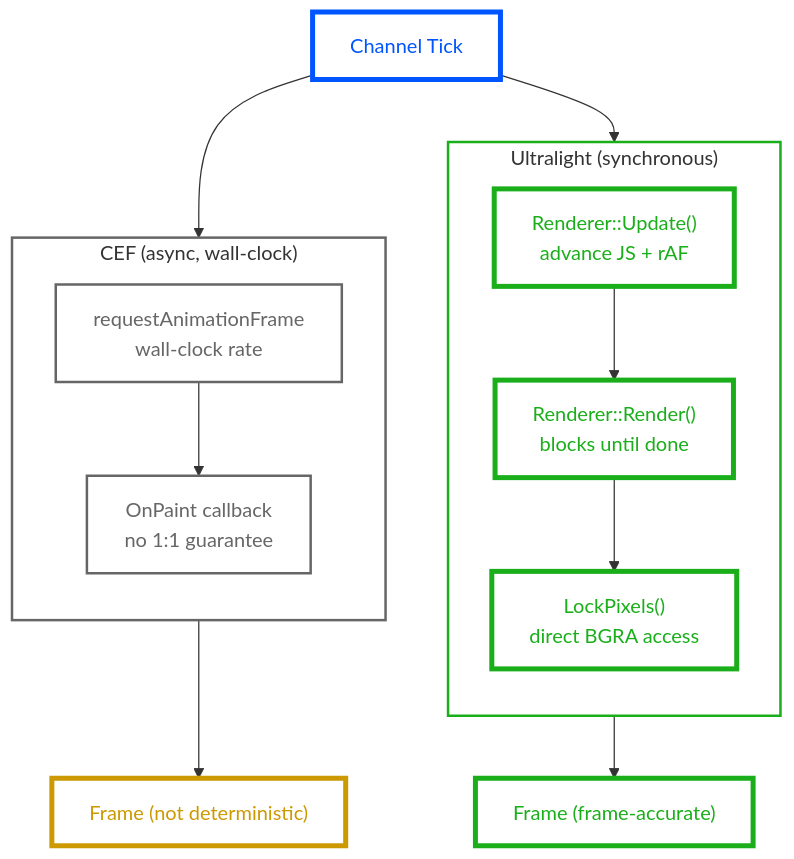
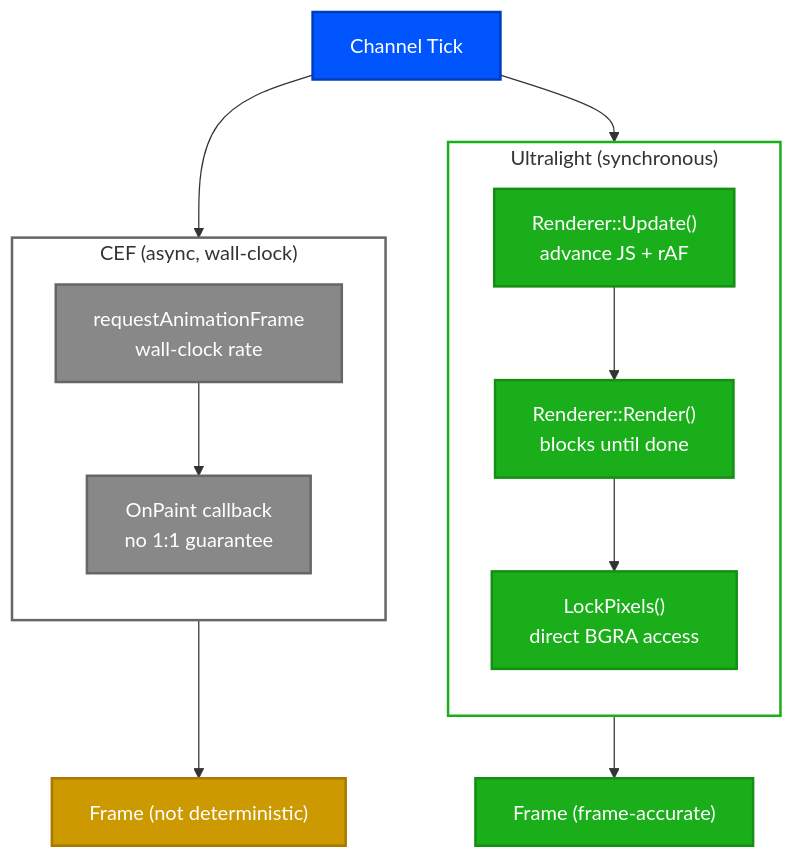
Before and after one commit to den-frie-vilje/casparCG: the ninth of 10 diagrams in docs/architecture.md, drawn with Mermaid. The commit also changed other lines of this file, not shown here.

Commit message:
docs: use solid fills in all diagrams

````diff
--- a/docs/architecture.md
+++ b/docs/architecture.md
@@ -660,35 +660,35 @@
 ```mermaid
 flowchart TD
-    classDef coreNode fill:#FFF,color:#0055FF,stroke:#0055FF,stroke-width:4px
-    classDef cefNode fill:#FFF,color:#666,stroke:#666,stroke-width:2px
-    classDef ulNode fill:#FFF,color:#1AAF1A,stroke:#1AAF1A,stroke-width:4px
-    classDef warnNode fill:#FFF,color:#CC9900,stroke:#CC9900,stroke-width:4px
+    classDef coreNode fill:#0055FF,color:#FFF,stroke:#003CC0,stroke-width:2px
+    classDef cefNode fill:#888,color:#FFF,stroke:#666,stroke-width:2px
+    classDef ulNode fill:#1AAF1A,color:#FFF,stroke:#148F14,stroke-width:2px
+    classDef warnNode fill:#CC9900,color:#FFF,stroke:#AA7700,stroke-width:2px
     classDef sgCef stroke:#666,fill:#FFF,stroke-width:2px
     classDef sgUl stroke:#1AAF1A,fill:#FFF,stroke-width:2px
 
     TICK[Channel Tick]:::coreNode
 
     subgraph CEF["CEF (async, wall-clock)"]
         direction TB
         CEF_RAF["requestAnimationFrame<br/>wall-clock rate"]:::cefNode
         CEF_PAINT["OnPaint callback<br/>no 1:1 guarantee"]:::cefNode
         CEF_RAF --> CEF_PAINT
     end
 
     subgraph UL["Ultralight (synchronous)"]
         direction TB
         UL_UPDATE["Renderer::Update()<br/>advance JS + rAF"]:::ulNode
         UL_RENDER["Renderer::Render()<br/>blocks until done"]:::ulNode
         UL_PIXELS["LockPixels()<br/>direct BGRA access"]:::ulNode
         UL_UPDATE --> UL_RENDER --> UL_PIXELS
     end
 
     TICK --> CEF
     TICK --> UL
 
     CEF --> FRAME1["Frame (not deterministic)"]:::warnNode
     UL --> FRAME2["Frame (frame-accurate)"]:::ulNode
 
     class CEF sgCef
     class UL sgUl
 ```
````
